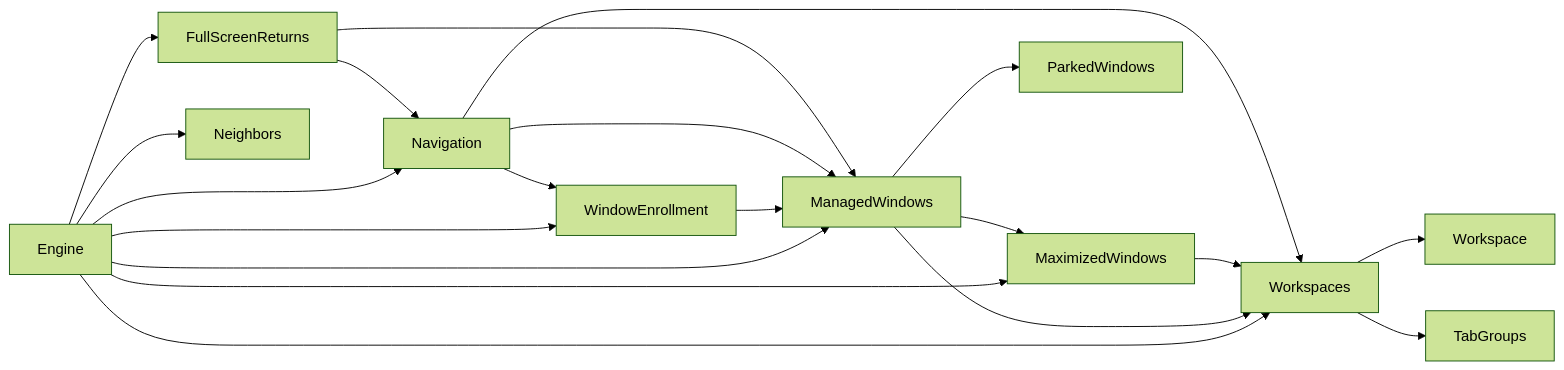
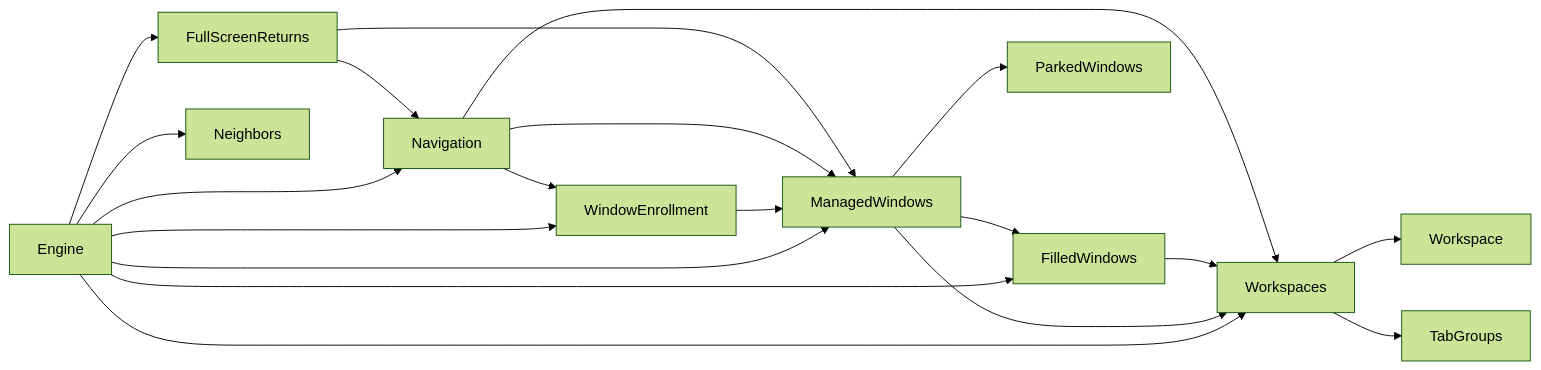
One commit to brennovich/ottowm changed the fourth of 19 diagrams in ARCHITECTURE.md. Above: the diagram before and after it, drawn with Mermaid (forest theme). The commit also changed other lines of this file and 20 other files, not shown here.

````diff
--- a/ARCHITECTURE.md
+++ b/ARCHITECTURE.md
@@ -124,22 +126,22 @@
 ```mermaid
 flowchart LR
     Engine --> ManagedWindows
     Engine --> WindowEnrollment
     Engine --> Navigation
     Engine --> FullScreenReturns
     Engine --> Workspaces
     Engine --> Neighbors
-    Engine --> MaximizedWindows
+    Engine --> FilledWindows
     WindowEnrollment --> ManagedWindows
     Navigation --> WindowEnrollment
     Navigation --> ManagedWindows
     FullScreenReturns --> Navigation
     FullScreenReturns --> ManagedWindows
     ManagedWindows --> Workspaces
     ManagedWindows --> ParkedWindows
-    ManagedWindows --> MaximizedWindows
-    MaximizedWindows --> Workspaces
+    ManagedWindows --> FilledWindows
+    FilledWindows --> Workspaces
     Navigation --> Workspaces
     Workspaces --> Workspace
     Workspaces --> TabGroups
 ```
````
